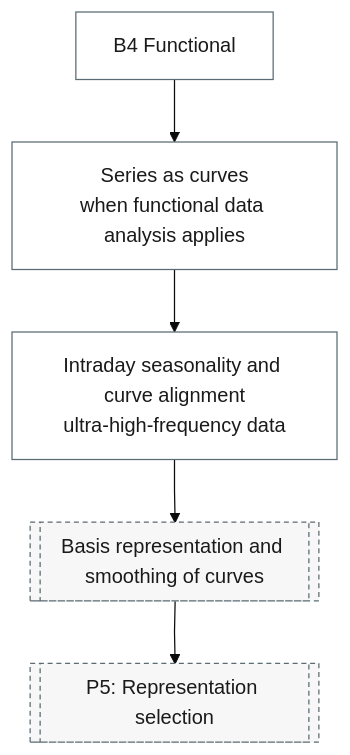
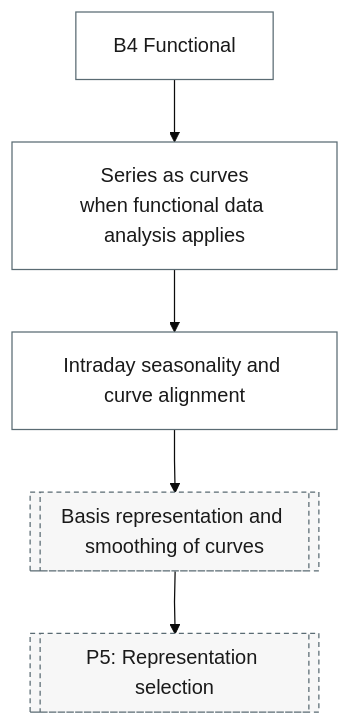
One commit to Shuxin-Y/time-series-analysis-manual changed the diagram in docs/reference/14-functional-high-frequency/index.md. Above: the diagram before and after it, drawn with Mermaid (base theme). The commit also changed other lines of this file and 3 other files, not shown here.

````diff
--- a/docs/reference/14-functional-high-frequency/index.md
+++ b/docs/reference/14-functional-high-frequency/index.md
@@ -7,18 +7,18 @@
 ```mermaid
 %%{init: {"flowchart": {"curve": "linear"}}}%%
 graph TD
     B4["B4 Functional"] --> B4_CURVES["Series as curves<br/>when functional data analysis applies"]
-    B4_CURVES --> B4_INTRADAY["Intraday seasonality and curve alignment<br/>ultra-high-frequency data"]
+    B4_CURVES --> B4_INTRADAY["Intraday seasonality and curve alignment"]
     B4_INTRADAY --> P5_FN_BASIS[["Basis representation and smoothing of curves"]]
     P5_FN_BASIS --> P5[["P5: Representation selection"]]
     class B4,B4_CURVES,B4_INTRADAY process
     class P5_FN_BASIS,P5 ref
     classDef terminator fill:#E6F2F7,stroke:#007BA7,color:#1A1A1A;
     classDef process fill:#FFFFFF,stroke:#5A6B73,color:#1A1A1A;
     classDef decision fill:#EFE7F0,stroke:#9B7FA7,color:#1A1A1A;
     classDef data fill:#FFF4E0,stroke:#C9A55E,color:#1A1A1A;
     classDef good fill:#DCEFD8,stroke:#4A7A3F,color:#1A1A1A;
     classDef escalate fill:#FFE9C2,stroke:#C9A55E,color:#1A1A1A;
     classDef problem fill:#F2D9DE,stroke:#800020,color:#1A1A1A;
     classDef ref fill:#F7F7F7,stroke:#5A6B73,color:#1A1A1A,stroke-dasharray:4 3;
 ```
````
